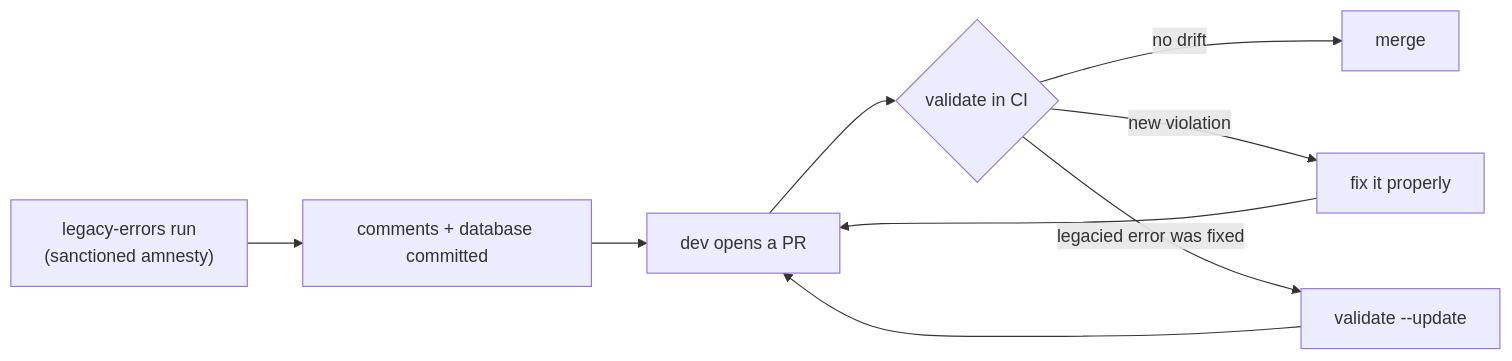
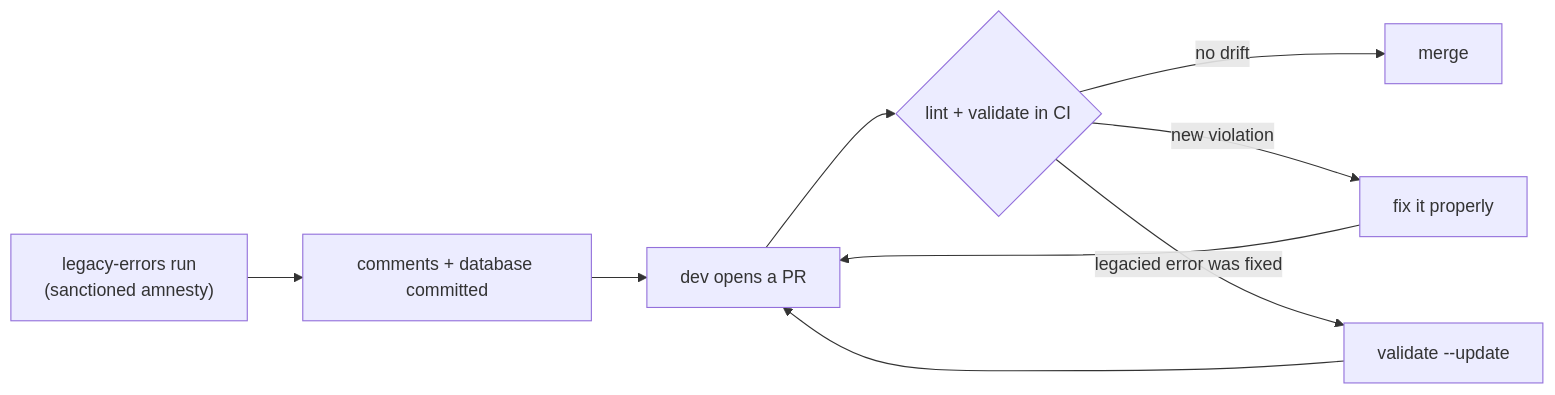
One commit to nebrius/legacy-lint-manager changed the diagram in README.md. Above: the diagram before and after it, drawn with Mermaid. The commit also changed other lines of this file and 1 other file, not shown here.

````diff
--- a/README.md
+++ b/README.md
@@ -105,11 +114,11 @@
 ```mermaid
 flowchart LR
     A["legacy-errors run<br>(sanctioned amnesty)"] --> B[comments + database committed]
     B --> C[dev opens a PR]
-    C --> D{validate in CI}
+    C --> D{lint + validate in CI}
     D -->|no drift| E[merge]
     D -->|new violation| F[fix it properly]
     D -->|legacied error was fixed| G[validate --update]
     F --> C
     G --> C
 ```
````
